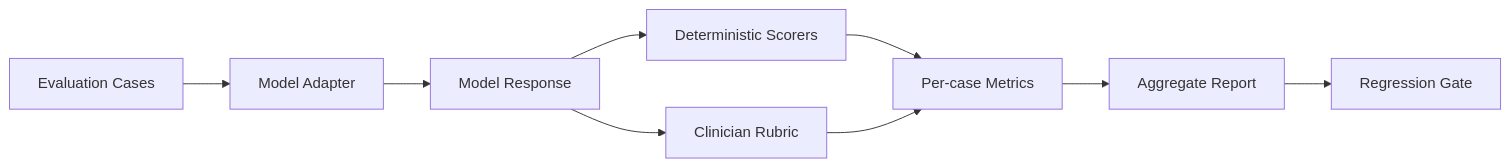
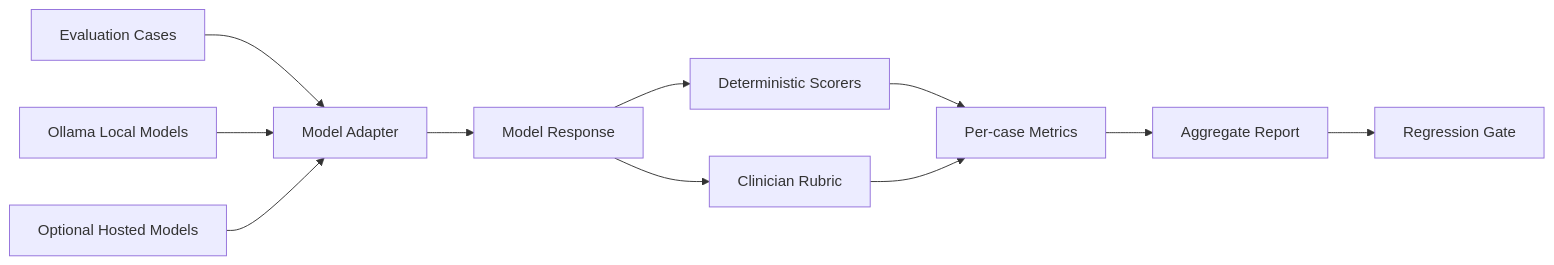
The diagram in README.md (hampikamayuq/Medical-LLM-Evaluation-Bench), drawn with Mermaid before and after one commit. The commit also changed other lines of this file, not shown here.

Commit message:
Make Ollama the default keyless real-model workflow

````diff
--- a/README.md
+++ b/README.md
@@ -25,11 +28,13 @@
 ```mermaid
 flowchart LR
     A[Evaluation Cases] --> B[Model Adapter]
     B --> C[Model Response]
     C --> D[Deterministic Scorers]
     C --> E[Clinician Rubric]
     D --> F[Per-case Metrics]
     E --> F
     F --> G[Aggregate Report]
     G --> H[Regression Gate]
+    I[Ollama Local Models] --> B
+    J[Optional Hosted Models] --> B
 ```
````
